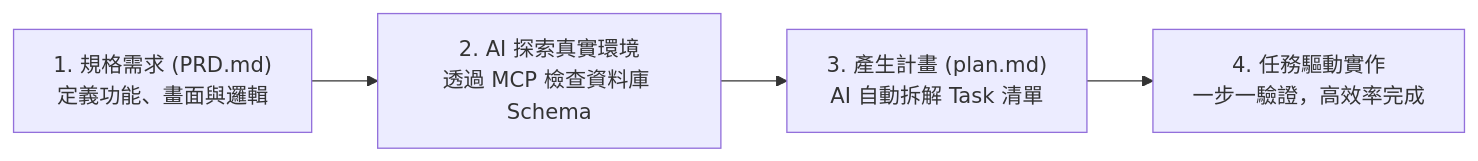
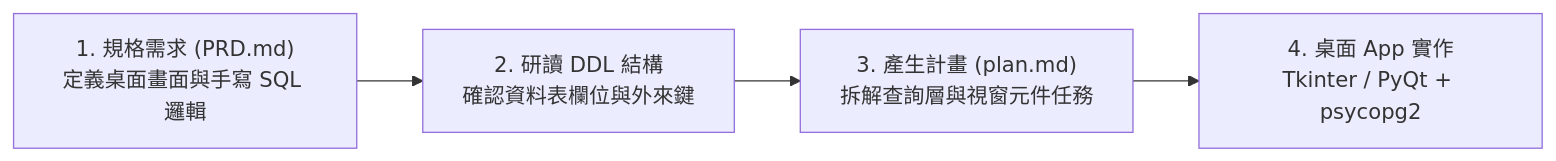
Before and after one commit to roberthsu2003/postgreSQL_MCP: the diagram in app_projects/README.md, drawn with Mermaid. The commit also changed other lines of this file and 18 other files, not shown here.

````diff
--- a/app_projects/README.md
+++ b/app_projects/README.md
@@ -8,6 +23,6 @@
 ```mermaid
 flowchart LR
-    A["1. 規格需求 (PRD.md)<br>定義功能、畫面與邏輯"] --> B["2. AI 探索真實環境<br>透過 MCP 檢查資料庫 Schema"]
-    B --> C["3. 產生計畫 (plan.md)<br>AI 自動拆解 Task 清單"]
-    C --> D["4. 任務驅動實作<br>一步一驗證，高效率完成"]
+    A["1. 規格需求 (PRD.md)<br>定義桌面畫面與手寫 SQL 邏輯"] --> B["2. 研讀 DDL 結構<br>確認資料表欄位與外來鍵"]
+    B --> C["3. 產生計畫 (plan.md)<br>拆解查詢層與視窗元件任務"]
+    C --> D["4. 桌面 App 實作<br>Tkinter / PyQt + psycopg2"]
 ```
````
